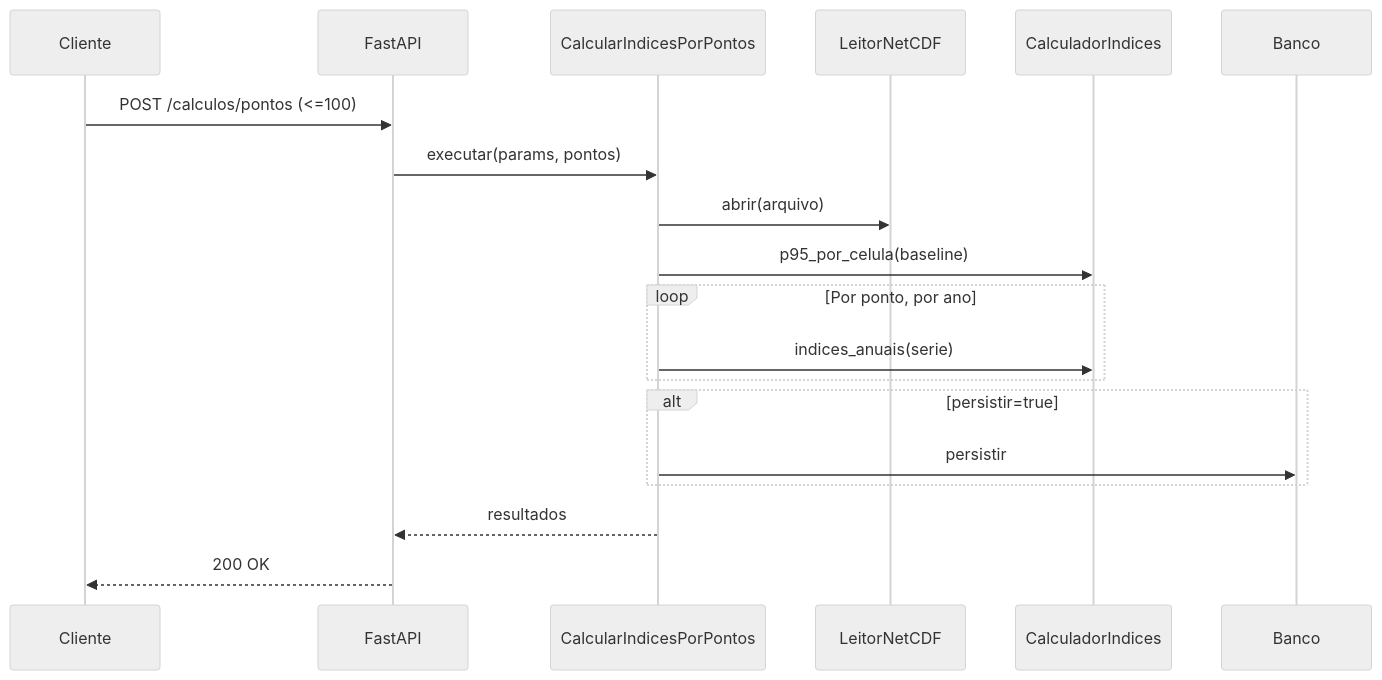
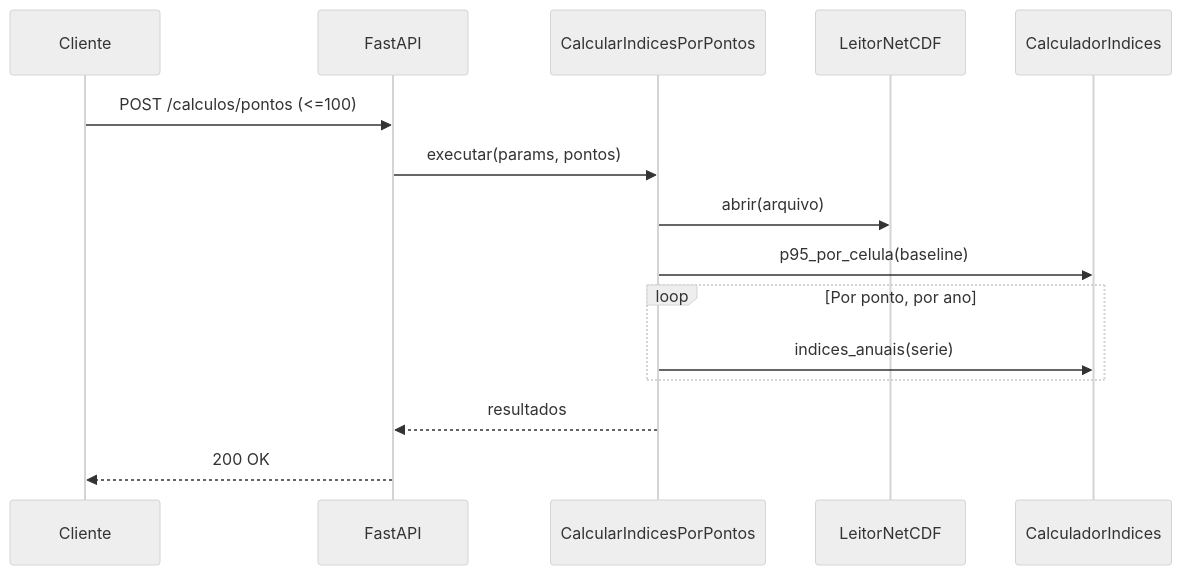
The third of 4 diagrams in docs/desenho-api.md (MatheusCrivellaro/climate-risk-api), drawn with Mermaid (neutral theme) before and after one commit. The commit also changed other lines of this file and 35 other files, not shown here.

````diff
--- a/docs/desenho-api.md
+++ b/docs/desenho-api.md
@@ -374,22 +372,18 @@
 ```mermaid
 sequenceDiagram
     participant C as Cliente
     participant API as FastAPI
     participant App as CalcularIndicesPorPontos
     participant NC as LeitorNetCDF
     participant Calc as CalculadorIndices
-    participant DB as Banco
 
     C->>API: POST /calculos/pontos (<=100)
     API->>App: executar(params, pontos)
     App->>NC: abrir(arquivo)
     App->>Calc: p95_por_celula(baseline)
     loop Por ponto, por ano
         App->>Calc: indices_anuais(serie)
     end
-    alt persistir=true
-        App->>DB: persistir
-    end
     App-->>API: resultados
     API-->>C: 200 OK
 ```
````
